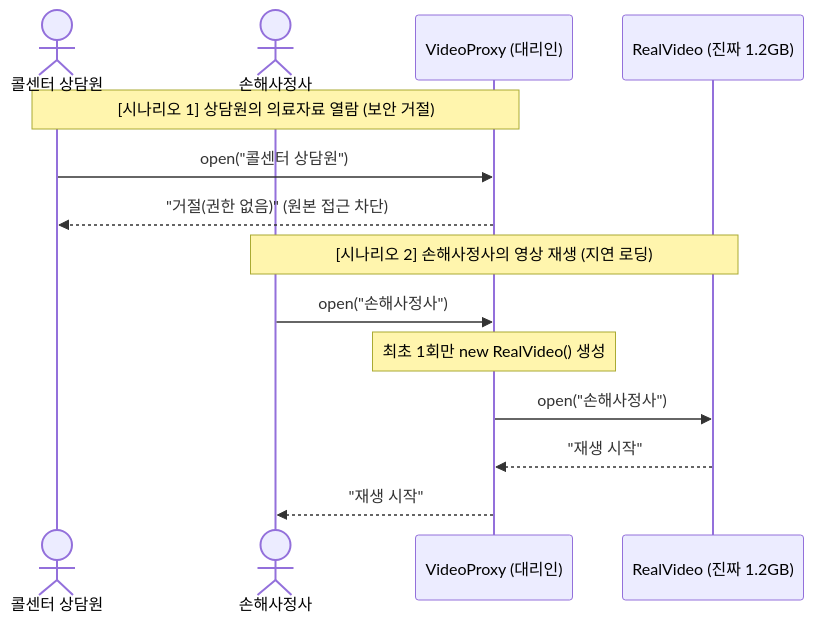
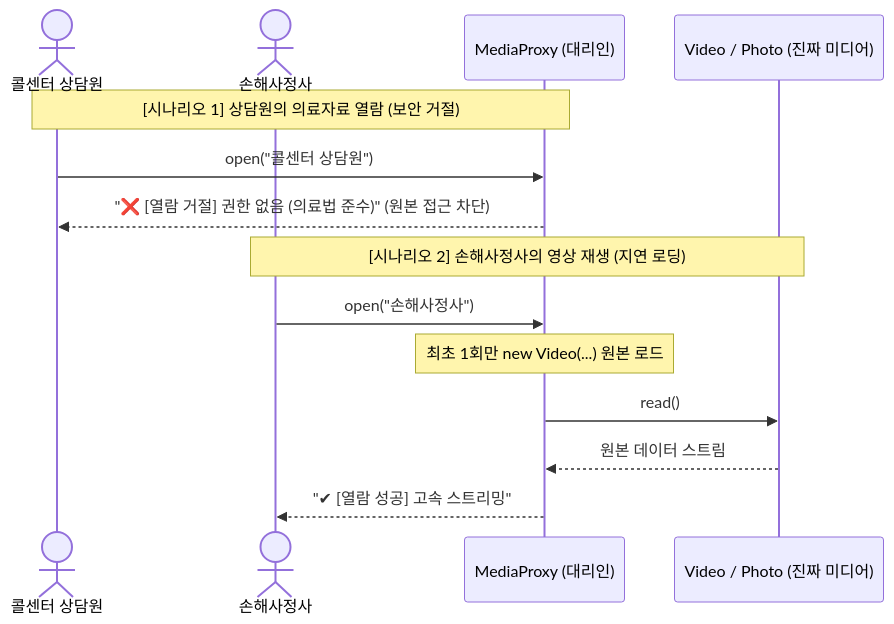
One commit to Data-MaSTeRR/samsung-aa-design-patterns changed the fifth of 5 diagrams in out/production/team3-media/PRESENTATION.md. Above: the diagram before and after it, drawn with Mermaid. The commit also changed other lines of this file and 68 other files, not shown here.

````diff
--- a/out/production/team3-media/PRESENTATION.md
+++ b/out/production/team3-media/PRESENTATION.md
@@ -260,18 +264,18 @@
 ```mermaid
 sequenceDiagram
     actor Agent as 콜센터 상담원
     actor Adjuster as 손해사정사
-    participant Proxy as VideoProxy (대리인)
-    participant Real as RealVideo (진짜 1.2GB)
+    participant Proxy as MediaProxy (대리인)
+    participant Media as Video / Photo (진짜 미디어)
 
     Note over Agent,Proxy: [시나리오 1] 상담원의 의료자료 열람 (보안 거절)
     Agent->>Proxy: open("콜센터 상담원")
-    Proxy-->>Agent: "거절(권한 없음)" (원본 접근 차단)
+    Proxy-->>Agent: "❌ [열람 거절] 권한 없음 (의료법 준수)" (원본 접근 차단)
 
-    Note over Adjuster,Real: [시나리오 2] 손해사정사의 영상 재생 (지연 로딩)
+    Note over Adjuster,Media: [시나리오 2] 손해사정사의 영상 재생 (지연 로딩)
     Adjuster->>Proxy: open("손해사정사")
-    Note over Proxy: 최초 1회만 new RealVideo() 생성
-    Proxy->>Real: open("손해사정사")
-    Real-->>Proxy: "재생 시작"
-    Proxy-->>Adjuster: "재생 시작"
+    Note over Proxy: 최초 1회만 new Video(...) 원본 로드
+    Proxy->>Media: read()
+    Media-->>Proxy: 원본 데이터 스트림
+    Proxy-->>Adjuster: "✔ [열람 성공] 고속 스트리밍"
 ```
````
